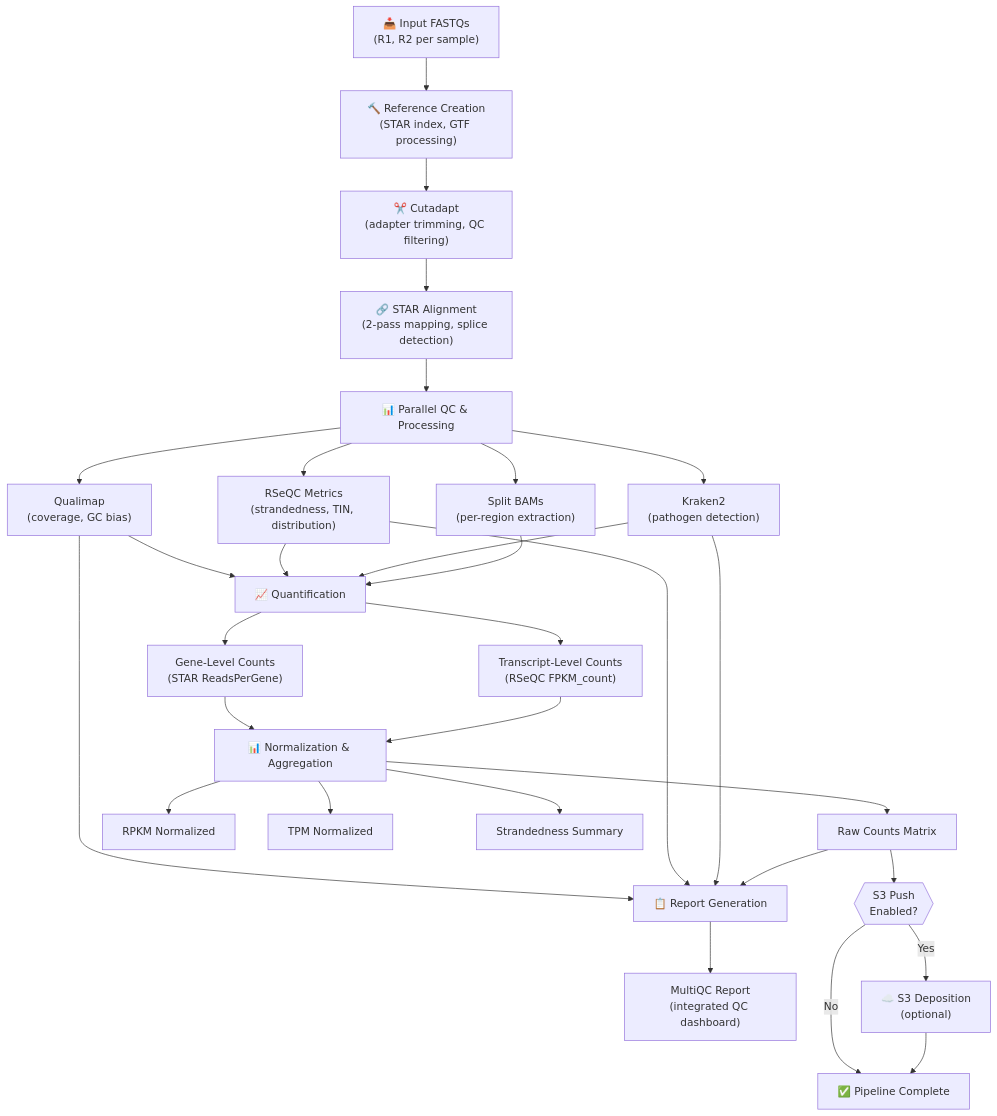
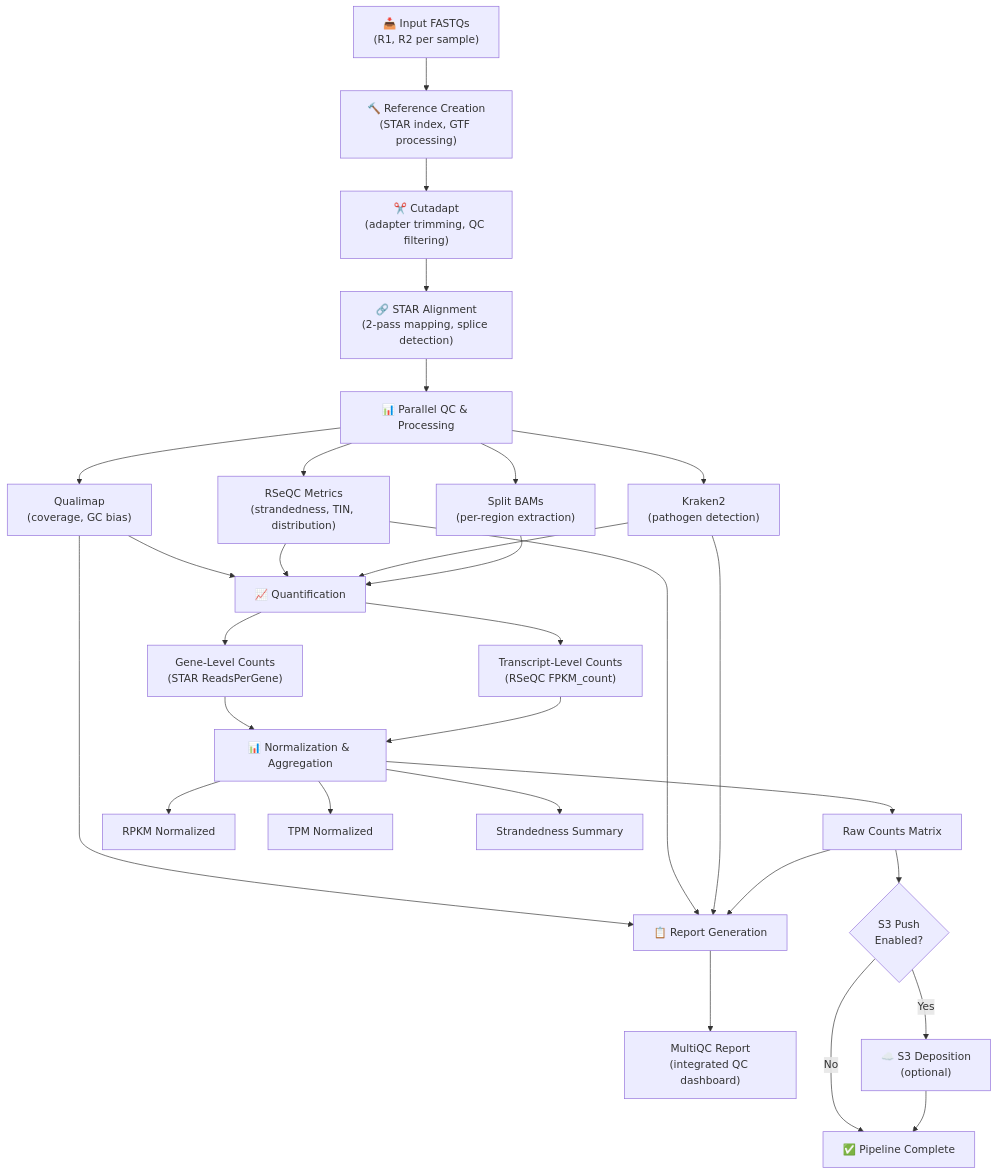
Before and after one commit to dremellab/HAROLD: the diagram in docs/pipeline.md, drawn with Mermaid. The commit also changed other lines of this file and 2 other files, not shown here.

````diff
--- a/docs/pipeline.md
+++ b/docs/pipeline.md
@@ -9,40 +9,40 @@
 ```mermaid
 graph TD
     A["📥 Input FASTQs<br/>(R1, R2 per sample)"] --> B["🔨 Reference Creation<br/>(STAR index, GTF processing)"]
     B --> C["✂️ Cutadapt<br/>(adapter trimming, QC filtering)"]
     C --> D["🔗 STAR Alignment<br/>(2-pass mapping, splice detection)"]
     D --> E["📊 Parallel QC & Processing"]
     
     E --> E1["Qualimap<br/>(coverage, GC bias)"]
     E --> E2["RSeQC Metrics<br/>(strandedness, TIN, distribution)"]
     E --> E3["Kraken2<br/>(pathogen detection)"]
     E --> E4["Split BAMs<br/>(per-region extraction)"]
     
     E1 --> F["📈 Quantification"]
     E2 --> F
     E3 --> F
     E4 --> F
     
     F --> F1["Gene-Level Counts<br/>(STAR ReadsPerGene)"]
     F --> F2["Transcript-Level Counts<br/>(RSeQC FPKM_count)"]
     
     F1 --> G["📊 Normalization & Aggregation"]
     F2 --> G
     
     G --> G1["Raw Counts Matrix"]
     G --> G2["RPKM Normalized"]
     G --> G3["TPM Normalized"]
     G --> G4["Strandedness Summary"]
     
     E1 --> H["📋 Report Generation"]
     E2 --> H
     E3 --> H
     G1 --> H
     
     H --> I["MultiQC Report<br/>(integrated QC dashboard)"]
     
-    G1 --> J{{"S3 Push<br/>Enabled?"}}
+    G1 --> J{"S3 Push<br/>Enabled?"}
     J -->|Yes| K["☁️ S3 Deposition<br/>(optional)"]
     J -->|No| L["✅ Pipeline Complete"]
     K --> L
 ```
````
